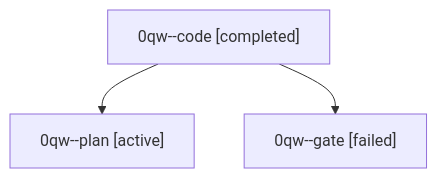
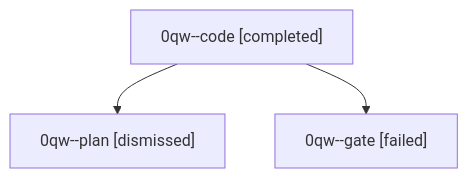
The diagram in sessions/bbugyi200.athena.0qw.md (sase-org/sase--agents), drawn with Mermaid before and after one commit. The commit also changed other lines of this file and 24 other files, not shown here.

````diff
--- a/sessions/bbugyi200.athena.0qw.md
+++ b/sessions/bbugyi200.athena.0qw.md
@@ -9,8 +9,8 @@
 ```mermaid
 flowchart TD
   n0["0qw--code [completed]"]
-  n1["0qw--plan [active]"]
+  n1["0qw--plan [dismissed]"]
   n0 --> n1
   n2["0qw--gate [failed]"]
   n0 --> n2
 ```
````
